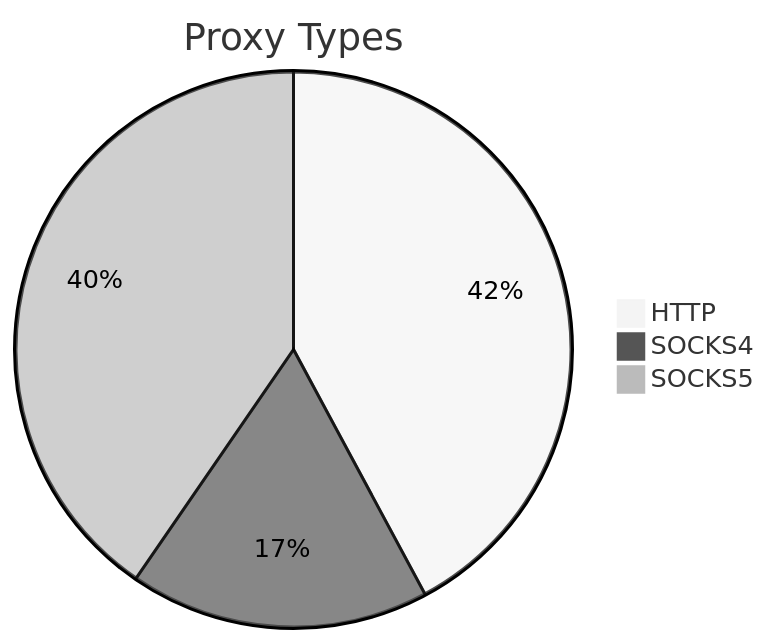
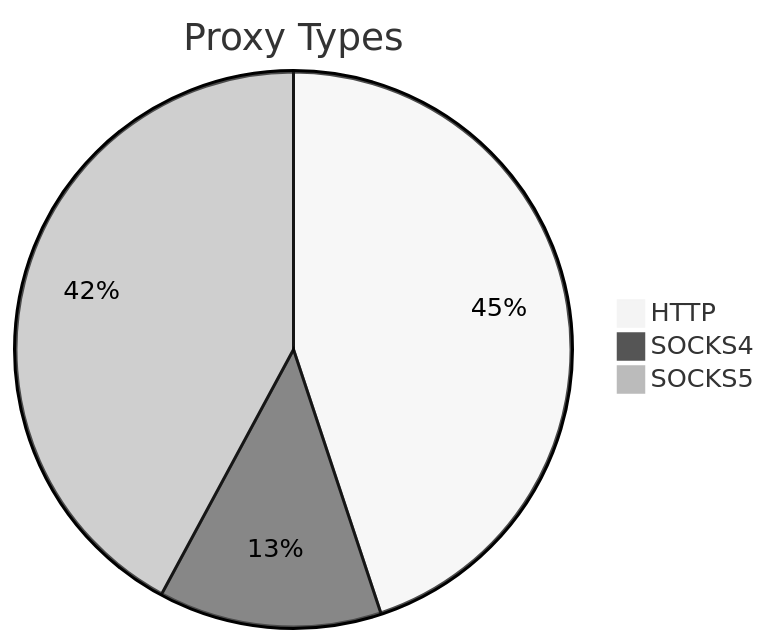
Before and after one commit to stormsia/proxy-list: the first of 2 diagrams in README.md, drawn with Mermaid (neutral theme). The commit also changed other lines of this file, not shown here.

````diff
--- a/README.md
+++ b/README.md
@@ -21,6 +21,6 @@
 ```mermaid
 pie title Proxy Types
-    "HTTP" : 145
-    "SOCKS4" : 60
-    "SOCKS5" : 139
+    "HTTP" : 97
+    "SOCKS4" : 28
+    "SOCKS5" : 91
 ```
````
